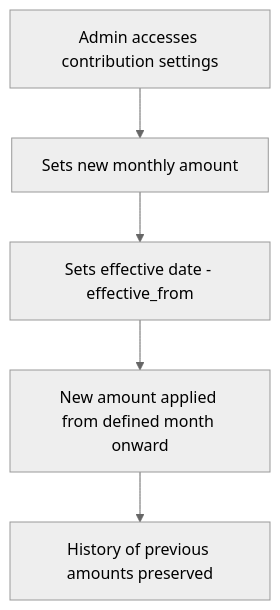
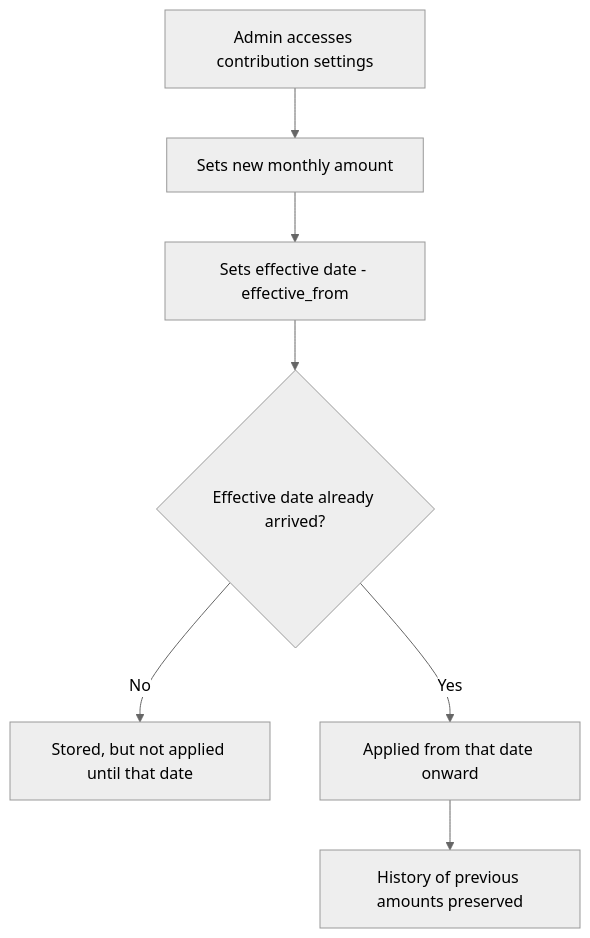
Before and after one commit to HDias/community: the sixth of 8 diagrams in docs/flows/04-contributions.md, drawn with Mermaid (neutral theme). The commit also changed other lines of this file and 4 other files, not shown here.

````diff
--- a/docs/flows/04-contributions.md
+++ b/docs/flows/04-contributions.md
@@ -89,7 +136,9 @@
 ```mermaid
 flowchart TD
     A[Admin accesses contribution settings] --> B[Sets new monthly amount]
     B --> C[Sets effective date - effective_from]
-    C --> D[New amount applied from defined month onward]
-    D --> E[History of previous amounts preserved]
+    C --> D{Effective date already arrived?}
+    D -->|No| E[Stored, but not applied until that date]
+    D -->|Yes| F[Applied from that date onward]
+    F --> G[History of previous amounts preserved]
 ```
````
